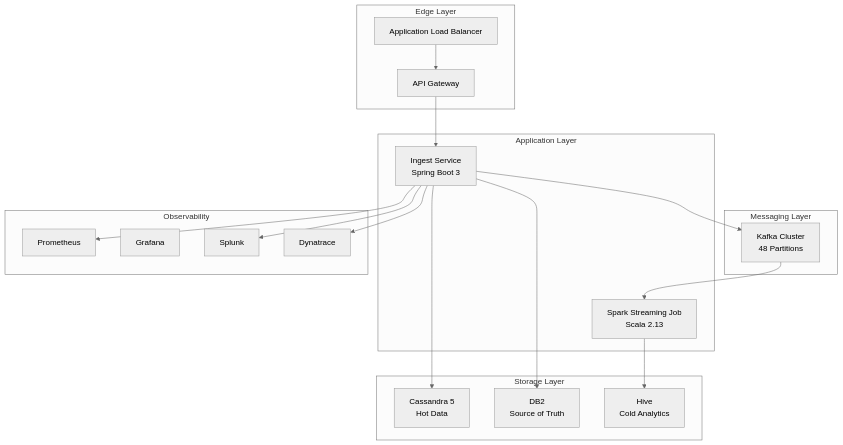
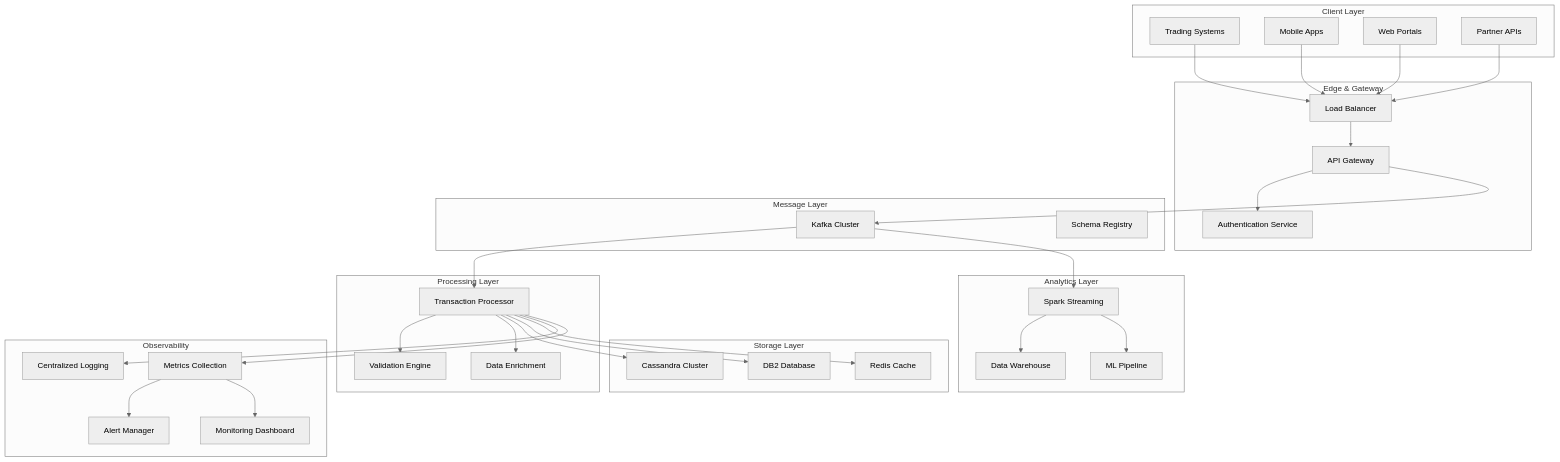
One commit to pdj555/JPM-SWE changed the diagram in docs/architecture.md. Above: the diagram before and after it, drawn with Mermaid (neutral theme). The commit also changed other lines of this file and 25 other files, not shown here.

Commit message:
Refactor project to rename from Aurora to Transaction Platform, update Docker configurations, and enhance documentation. This includes changing service names, updating POM files, and restructuring the architecture documentation for clarity and consistency.

````diff
--- a/docs/architecture.md
+++ b/docs/architecture.md
@@ -11,40 +29,70 @@
 ```mermaid
 graph TB
-    subgraph "Edge Layer"
-        ALB[Application Load Balancer]
-        AG[API Gateway]
+    subgraph "Client Layer"
+        trading[Trading Systems]
+        mobile[Mobile Apps]
+        web[Web Portals]
+        partners[Partner APIs]
     end
-    
-    subgraph "Application Layer"
-        IS[Ingest Service<br/>Spring Boot 3]
-        SJ[Spark Streaming Job<br/>Scala 2.13]
+
+    subgraph "Edge & Gateway"
+        lb[Load Balancer]
+        gateway[API Gateway]
+        auth[Authentication Service]
     end
-    
-    subgraph "Messaging Layer"
-        K[Kafka Cluster<br/>48 Partitions]
+
+    subgraph "Message Layer"
+        kafka[Kafka Cluster]
+        schema[Schema Registry]
     end
-    
+
+    subgraph "Processing Layer"
+        processor[Transaction Processor]
+        validator[Validation Engine]
+        enricher[Data Enrichment]
+    end
+
     subgraph "Storage Layer"
-        C[Cassandra 5<br/>Hot Data]
-        DB2[DB2<br/>Source of Truth]
-        H[Hive<br/>Cold Analytics]
+        cassandra[Cassandra Cluster]
+        db2[DB2 Database]
+        cache[Redis Cache]
     end
-    
+
+    subgraph "Analytics Layer"
+        spark[Spark Streaming]
+        warehouse[Data Warehouse]
+        ml[ML Pipeline]
+    end
+
     subgraph "Observability"
-        P[Prometheus]
-        G[Grafana]
-        S[Splunk]
-        DT[Dynatrace]
+        logs[Centralized Logging]
+        metrics[Metrics Collection]
+        alerts[Alert Manager]
+        dashboard[Monitoring Dashboard]
     end
-    
-    ALB --> AG
-    AG --> IS
-    IS --> K
-    IS --> C
-    IS --> DB2
-    K --> SJ
-    SJ --> H
-    IS --> P
-    IS --> S
-    IS --> DT
+
+    trading --> lb
+    mobile --> lb
+    web --> lb
+    partners --> lb
+
+    lb --> gateway
+    gateway --> auth
+    gateway --> kafka
+
+    kafka --> processor
+    processor --> validator
+    processor --> enricher
+    processor --> cassandra
+    processor --> db2
+    processor --> cache
+
+    kafka --> spark
+    spark --> warehouse
+    spark --> ml
+
+    processor --> logs
+    processor --> metrics
+    metrics --> alerts
+    metrics --> dashboard
 ```
````
